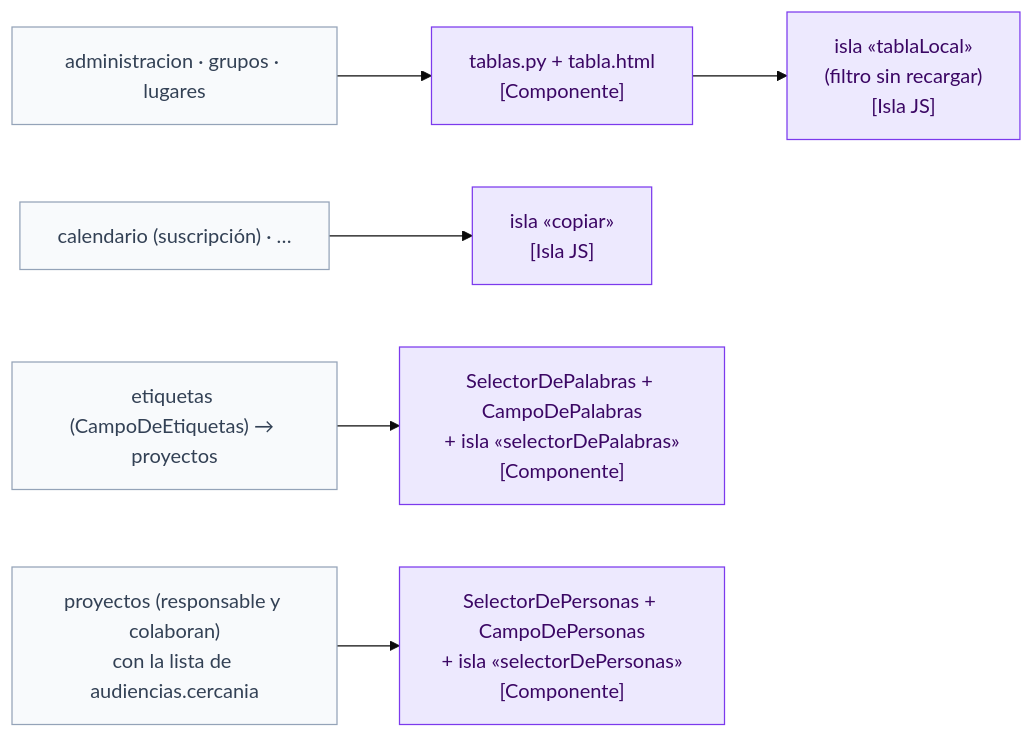
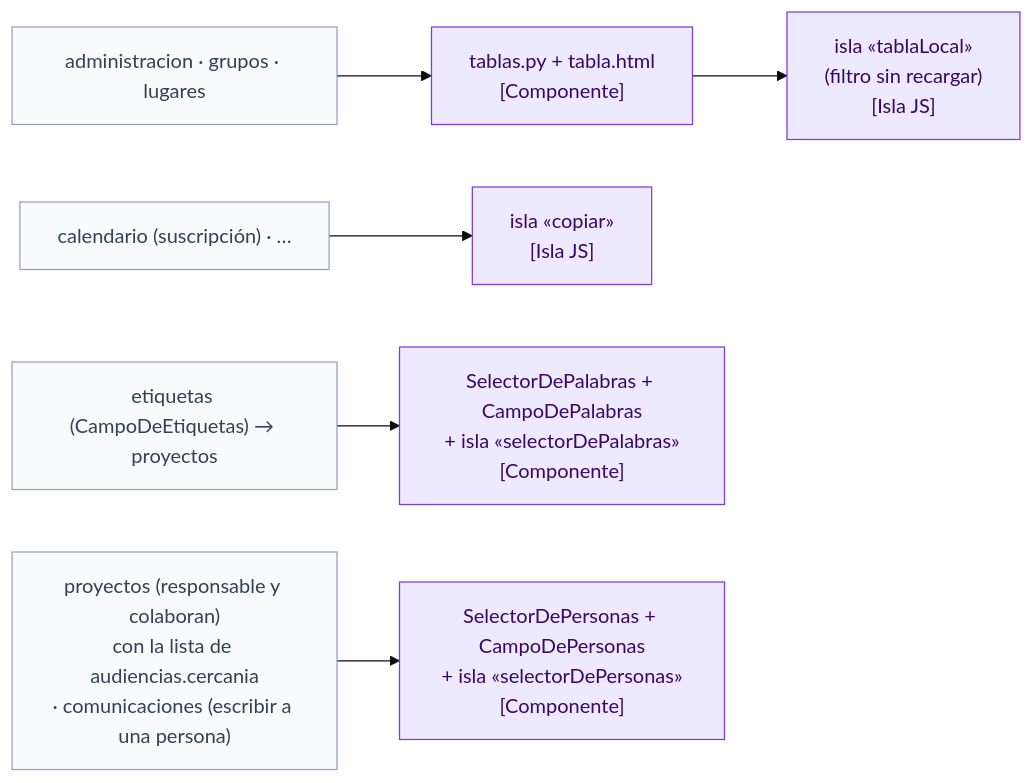
Diagram 34 of 40 in docs/arquitectura.md (chemabc/groupy), drawn with Mermaid (base theme) before and after one commit. The commit also changed other lines of this file and 31 other files, not shown here.

First line of the commit message:
Conversaciones con grupos (una sala por grupo) y con personas (de dos en dos, con bloqueo)

````diff
--- a/docs/arquitectura.md
+++ b/docs/arquitectura.md
@@ -1033,19 +1050,19 @@
 ```mermaid
 flowchart LR
   classDef comp fill:#ede9fe,stroke:#7c3aed,color:#3b0764
   classDef otro fill:#f8fafc,stroke:#94a3b8,color:#334155
   tablas["tablas.py + tabla.html<br/>[Componente]"]:::comp
   tablaLocal["isla «tablaLocal»<br/>(filtro sin recargar)<br/>[Isla JS]"]:::comp
   copiar["isla «copiar»<br/>[Isla JS]"]:::comp
   selector["SelectorDePalabras + CampoDePalabras<br/>+ isla «selectorDePalabras»<br/>[Componente]"]:::comp
   personas["SelectorDePersonas + CampoDePersonas<br/>+ isla «selectorDePersonas»<br/>[Componente]"]:::comp
-  usan4["proyectos (responsable y colaboran)<br/>con la lista de audiencias.cercania"]:::otro
+  usan4["proyectos (responsable y colaboran)<br/>con la lista de audiencias.cercania<br/>· comunicaciones (escribir a una persona)"]:::otro
   usan1["administracion · grupos · lugares"]:::otro
   usan2["calendario (suscripción) · …"]:::otro
   usan3["etiquetas (CampoDeEtiquetas) → proyectos"]:::otro
   tablas --> tablaLocal
   usan1 --> tablas
   usan2 --> copiar
   usan3 --> selector
   usan4 --> personas
 ```
````
